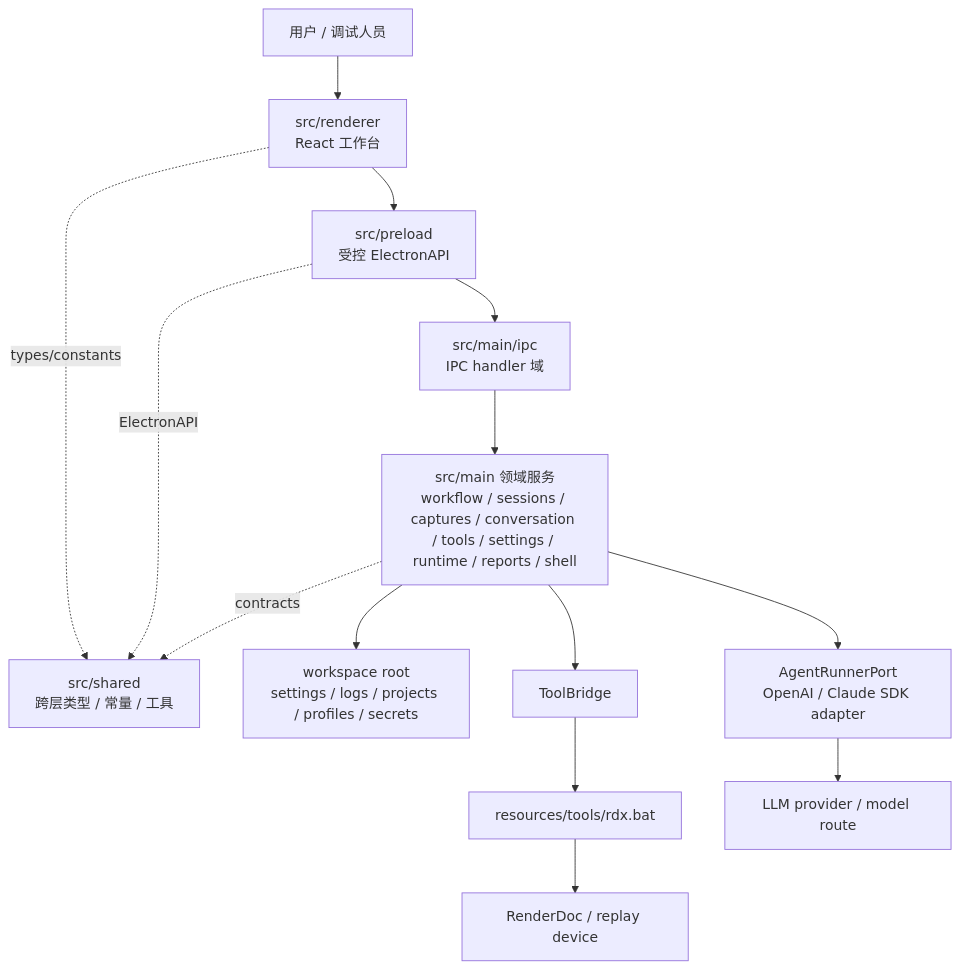
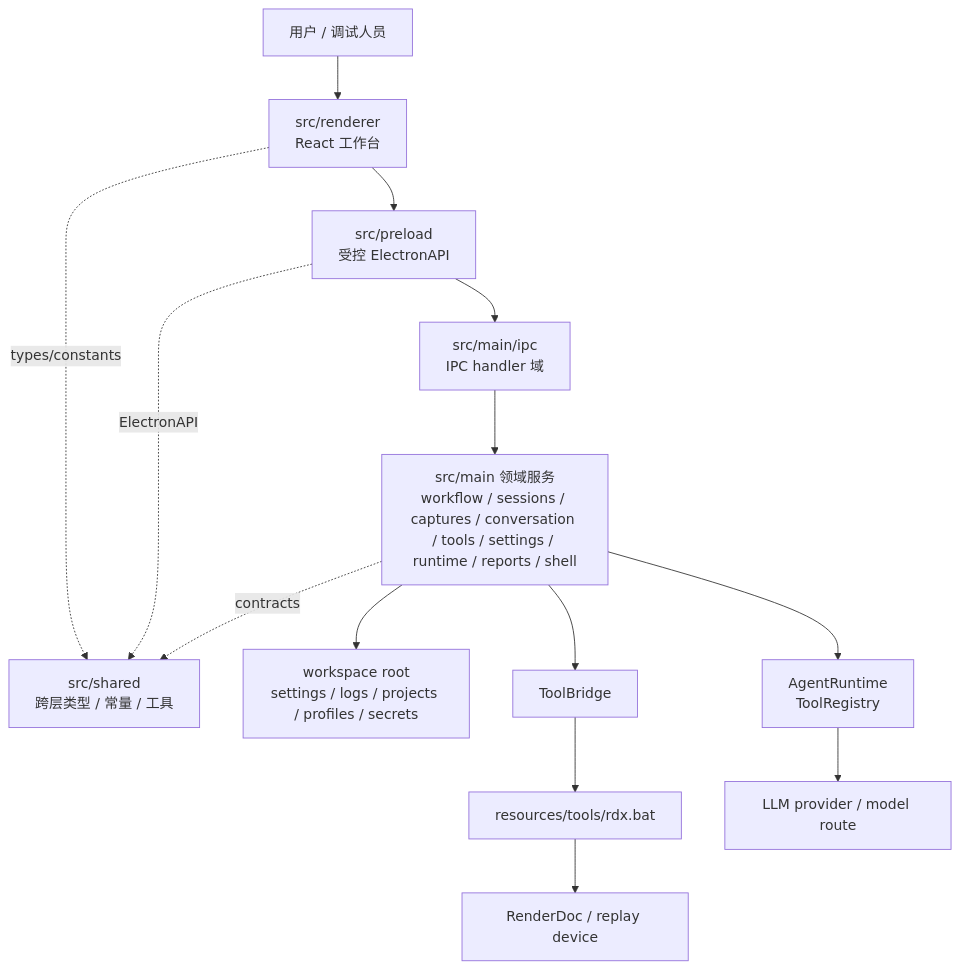
Before and after one commit to haolange/RDC-Agent: the first of 2 diagrams in docs/architecture/overview.md, drawn with Mermaid. The commit also changed other lines of this file and 30 other files, not shown here.

First line of the commit message:
Replace AgentRunner SDK with AgentRuntime/ToolRegistry

````diff
--- a/docs/architecture/overview.md
+++ b/docs/architecture/overview.md
@@ -7,29 +7,29 @@
 ```mermaid
 flowchart TB
   User["用户 / 调试人员"]
   Renderer["src/renderer<br/>React 工作台"]
   Preload["src/preload<br/>受控 ElectronAPI"]
   IPC["src/main/ipc<br/>IPC handler 域"]
   MainDomains["src/main 领域服务<br/>workflow / sessions / captures / conversation / tools / settings / runtime / reports / shell"]
   Shared["src/shared<br/>跨层类型 / 常量 / 工具"]
   Workspace["workspace root<br/>settings / logs / projects / profiles / secrets"]
   ToolBridge["ToolBridge"]
   RdxBat["resources/tools/rdx.bat"]
   RenderDoc["RenderDoc / replay device"]
-  AgentRunner["AgentRunnerPort<br/>OpenAI / Claude SDK adapter"]
+  AgentRuntime["AgentRuntime<br/>ToolRegistry"]
   LLM["LLM provider / model route"]
 
   User --> Renderer
   Renderer --> Preload
   Preload --> IPC
   IPC --> MainDomains
   Renderer -. "types/constants" .-> Shared
   Preload -. "ElectronAPI" .-> Shared
   MainDomains -. "contracts" .-> Shared
   MainDomains --> Workspace
-  MainDomains --> AgentRunner
-  AgentRunner --> LLM
+  MainDomains --> AgentRuntime
+  AgentRuntime --> LLM
   MainDomains --> ToolBridge
   ToolBridge --> RdxBat
   RdxBat --> RenderDoc
 ```
````
